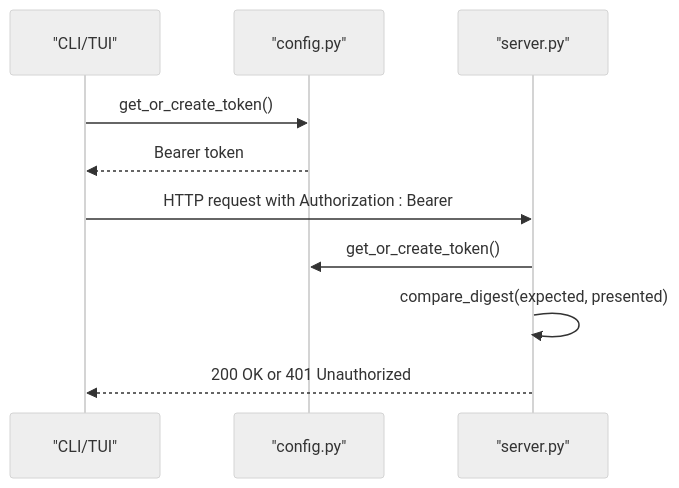
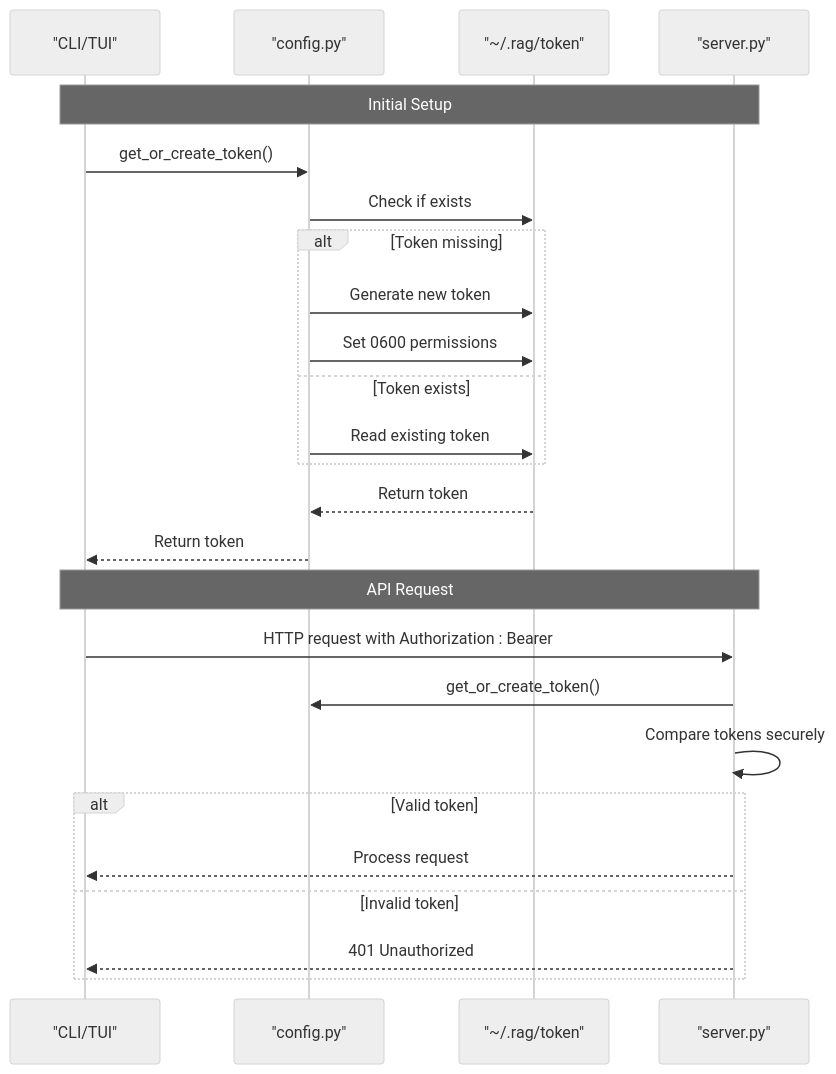
Before and after one commit to NcitDev/ragsystem: the fourth of 6 diagrams in docs/wiki/Configuration Management.md, drawn with Mermaid (neutral theme). The commit also changed other lines of this file and 27 other files, not shown here.

````diff
--- a/docs/wiki/Configuration Management.md
+++ b/docs/wiki/Configuration Management.md
@@ -225,12 +254,27 @@
 ```mermaid
 sequenceDiagram
 participant Client as "CLI/TUI"
 participant Config as "config.py"
+participant Token as "~/.rag/token"
 participant Server as "server.py"
+Note over Client,Server : Initial Setup
 Client->>Config : get_or_create_token()
-Config-->>Client : Bearer token
+Config->>Token : Check if exists
+alt Token missing
+Config->>Token : Generate new token
+Config->>Token : Set 0600 permissions
+else Token exists
+Config->>Token : Read existing token
+end
+Token-->>Config : Return token
+Config-->>Client : Return token
+Note over Client,Server : API Request
 Client->>Server : HTTP request with Authorization : Bearer
 Server->>Config : get_or_create_token()
-Server->>Server : compare_digest(expected, presented)
-Server-->>Client : 200 OK or 401 Unauthorized
+Server->>Server : Compare tokens securely
+alt Valid token
+Server-->>Client : Process request
+else Invalid token
+Server-->>Client : 401 Unauthorized
+end
 ```
````
